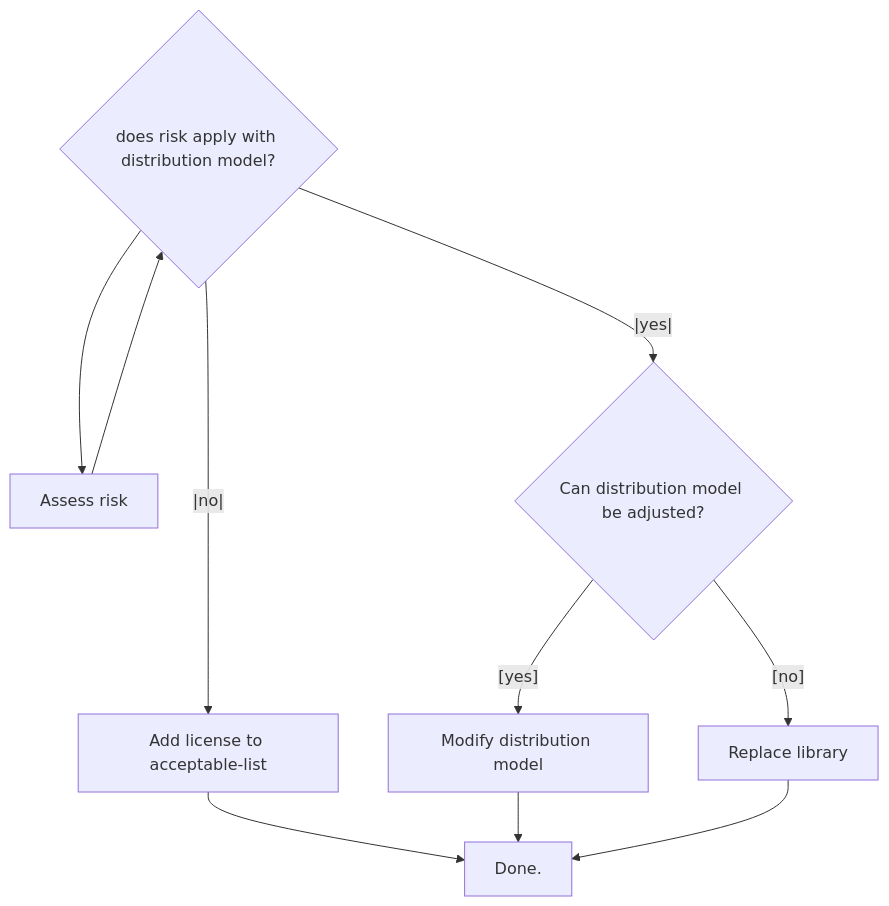
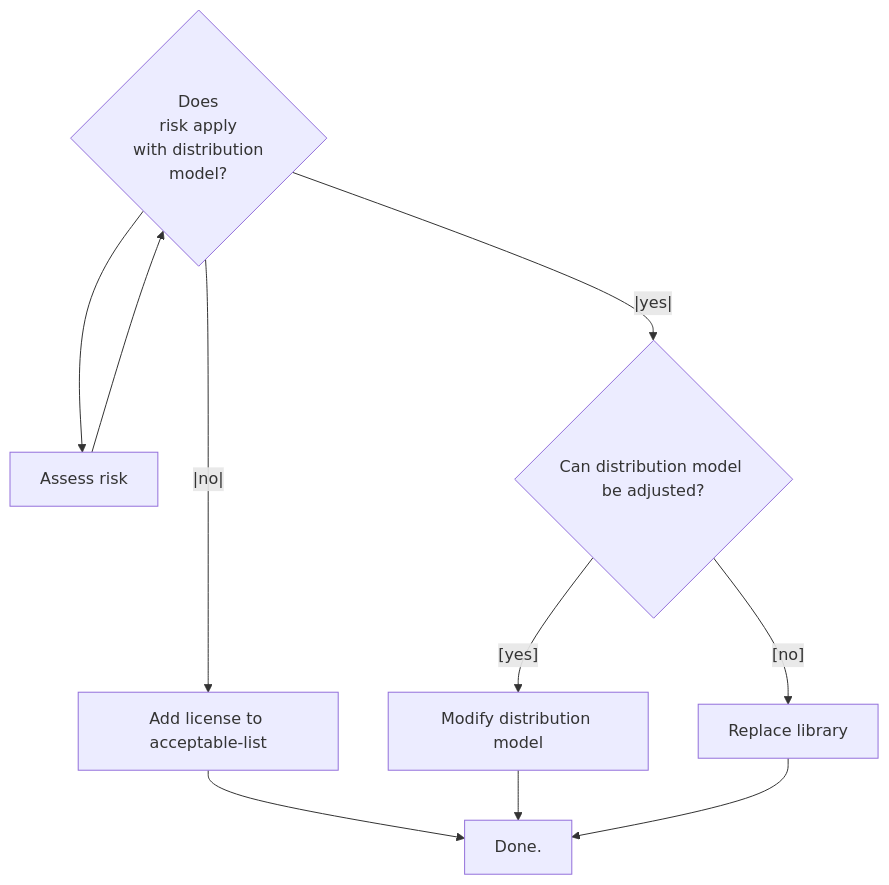
One commit to Software-Improvement-Group/sigridci changed the diagram in docs/workflows/best-practices-osh.md. Above: the diagram before and after it, drawn with Mermaid.

Commit message:
tweak flowchart

````diff
--- a/docs/workflows/best-practices-osh.md
+++ b/docs/workflows/best-practices-osh.md
@@ -270,9 +270,9 @@
 ```mermaid
 graph TD; 
     D[license risk detected]-->A[Assess risk];
-    A-->D{does risk apply with distribution model?};
+    A-->D{"Does\n risk apply\n with distribution\n model?"};
     D--|yes|-->D_yes{Can distribution model be adjusted?};
     D--|no|-->D_no["Add license to acceptable-list"]-->E["Done."];
     D_yes--[yes]-->M[Modify distribution model]-->E;
     D_yes--[no]-->R[Replace library]-->E;
 ```
````
